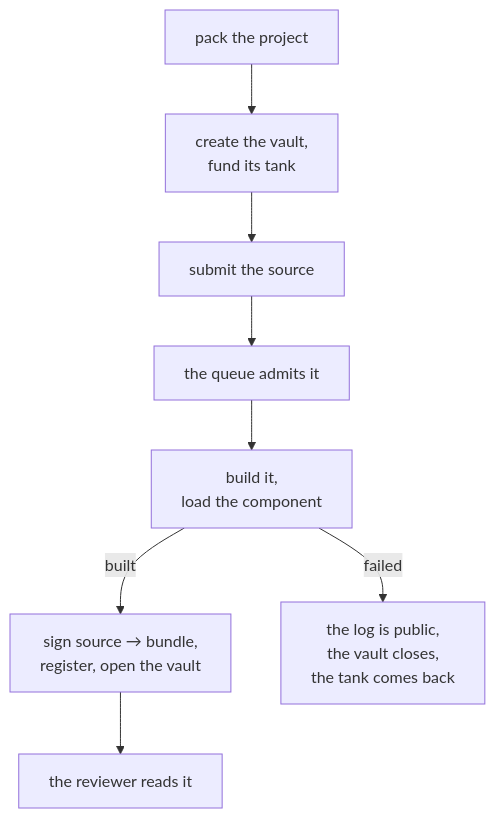
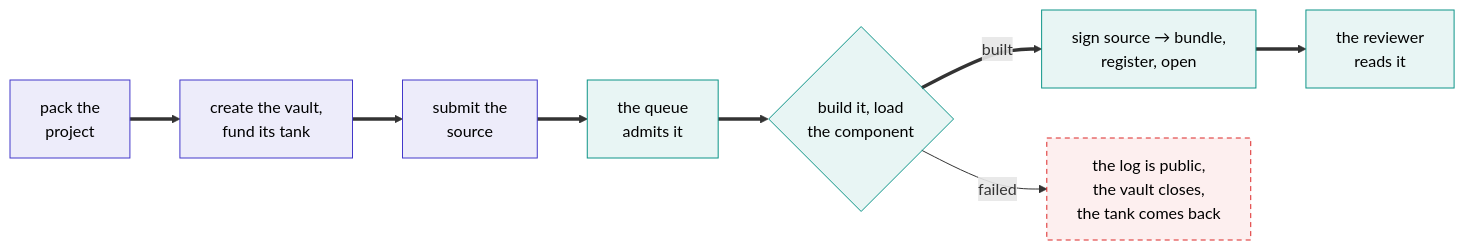
One commit to ShoninFi/shonin-platform changed the diagram in docs/content/how-it-works/publishing.md. Above: the diagram before and after it, drawn with Mermaid. The commit also changed 7 other files, not shown here.

````diff
--- a/docs/content/how-it-works/publishing.md
+++ b/docs/content/how-it-works/publishing.md
@@ -5,10 +5,17 @@
 ```mermaid
-flowchart TB
-    A["pack the project"] --> B["create the vault,<br/>fund its tank"]
-    B --> C["submit the source"]
-    C --> D["the queue admits it"]
-    D --> E["build it,<br/>load the component"]
-    E -->|built| F["sign source → bundle,<br/>register, open the vault"]
+flowchart LR
+    A["pack the<br/>project"] ==> B["create the vault,<br/>fund its tank"]
+    B ==> C["submit the<br/>source"]
+    C ==> D["the queue<br/>admits it"]
+    D ==> E{"build it, load<br/>the component"}
+    E ==>|built| F["sign source → bundle,<br/>register, open"]
     E -->|failed| G["the log is public,<br/>the vault closes,<br/>the tank comes back"]
-    F --> H["the reviewer reads it"]
+    F ==> H["the reviewer<br/>reads it"]
+
+    classDef you fill:#4338ca18,stroke:#4338ca,color:inherit
+    classDef us fill:#0d948818,stroke:#0d9488,color:inherit
+    classDef bad fill:#dc262612,stroke:#dc2626,color:inherit,stroke-dasharray:5 4
+    class A,B,C you
+    class D,E,F,H us
+    class G bad
 ```
````
